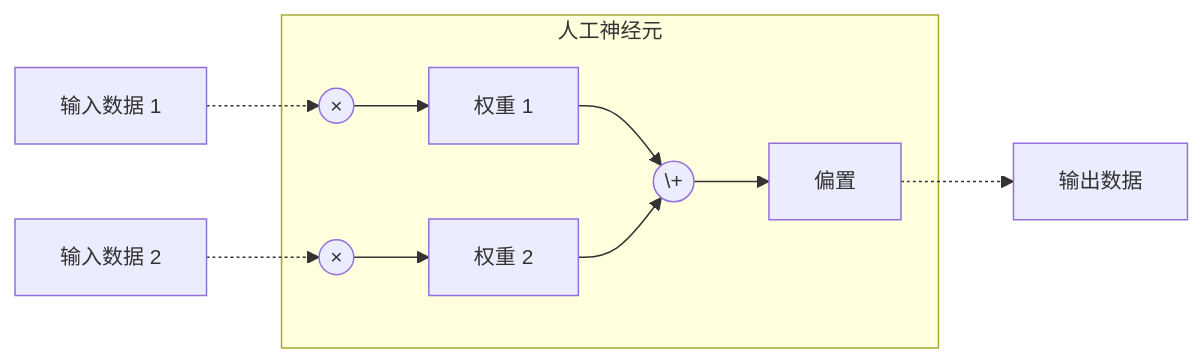
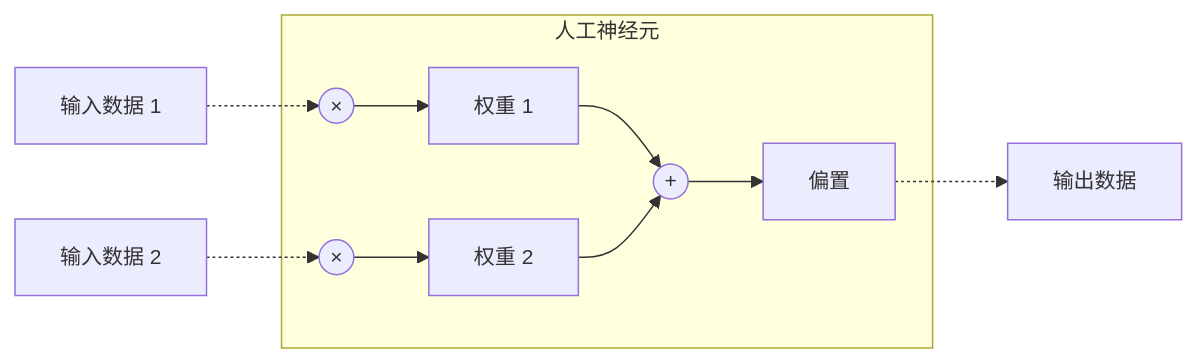
The third of 3 diagrams in edu/01-learn-neural-networks-from-scratch/md/01-artificial-neural-networks/01-linear-prediction.md (li-xiao-guang/teenytinynn), drawn with Mermaid before and after one commit. The commit also changed other lines of this file, not shown here.

````diff
--- a/edu/01-learn-neural-networks-from-scratch/md/01-artificial-neural-networks/01-linear-prediction.md
+++ b/edu/01-learn-neural-networks-from-scratch/md/01-artificial-neural-networks/01-linear-prediction.md
@@ -59,11 +59,11 @@
 ```mermaid
 %%{init: { "themeVariables": { "fontSize": "14px" } } }%%
 graph LR
     subgraph 人工神经元
-      m1(("×")) --> w1[权重 1] --> p(("\+")) --> b
-      m2(("×")) --> w2[权重 2] --> p
+      m1(("#215;")) --> w1[权重 1] --> p(("#43;")) --> b
+      m2(("#215;")) --> w2[权重 2] --> p
     end
     x1[输入数据 1] -.-> m1
     x2[输入数据 2] -.-> m2
     b[偏置] -.-> y[输出数据]
 ```    
````
